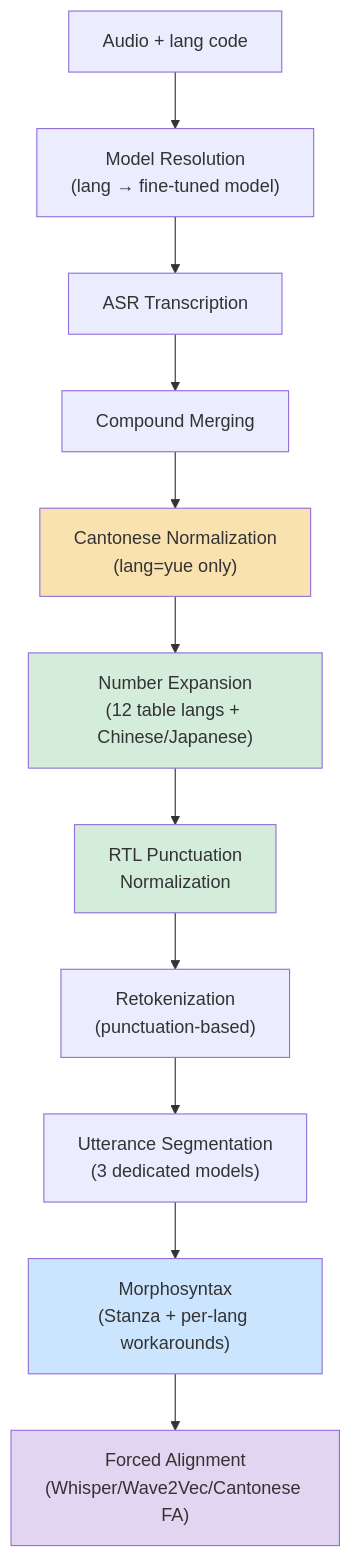
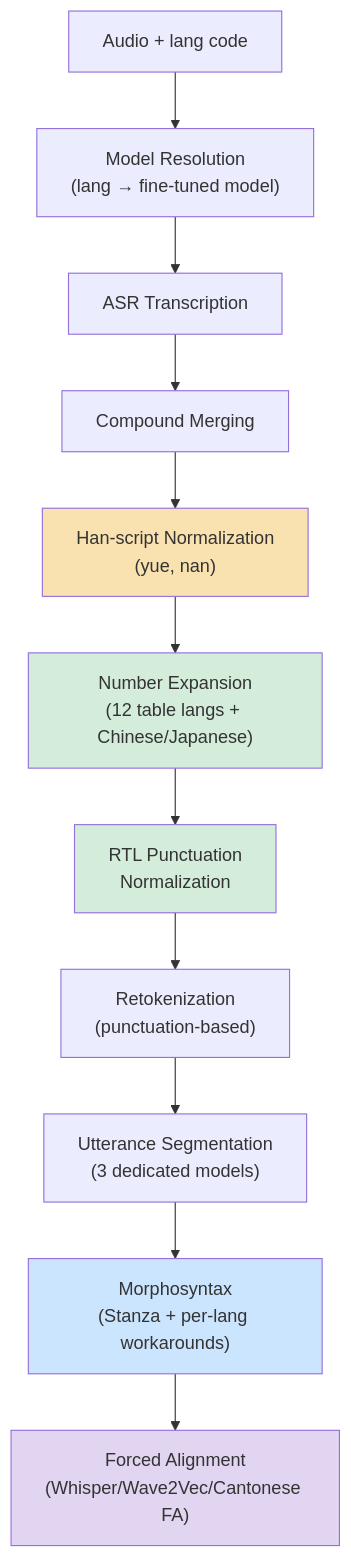
Before and after one commit to FranklinChen/talkbank-tools: the first of 2 diagrams in book/src/batchalign/reference/language-specific-processing.md, drawn with Mermaid. The commit also changed other lines of this file and 39 other files, not shown here.

````diff
--- a/book/src/batchalign/reference/language-specific-processing.md
+++ b/book/src/batchalign/reference/language-specific-processing.md
@@ -15,23 +15,23 @@
 ```mermaid
 flowchart TD
     input["Audio + lang code"]
     resolve["Model Resolution\n(lang → fine-tuned model)"]
     asr["ASR Transcription"]
     compound["Compound Merging"]
     numexp["Number Expansion\n(12 table langs + Chinese/Japanese)"]
-    cantonorm["Cantonese Normalization\n(lang=yue only)"]
+    cantonorm["Han-script Normalization\n(yue, nan)"]
     rtlpunct["RTL Punctuation\nNormalization"]
     retok["Retokenization\n(punctuation-based)"]
     utseg["Utterance Segmentation\n(3 dedicated models)"]
     morpho["Morphosyntax\n(Stanza + per-lang workarounds)"]
     fa["Forced Alignment\n(Whisper/Wave2Vec/Cantonese FA)"]
 
     input --> resolve --> asr --> compound --> cantonorm
     cantonorm --> numexp --> rtlpunct --> retok --> utseg --> morpho --> fa
 
     style cantonorm fill:#f9e2b0
     style numexp fill:#d4edda
     style rtlpunct fill:#d4edda
     style morpho fill:#cce5ff
     style fa fill:#e2d5f1
 ```
````
